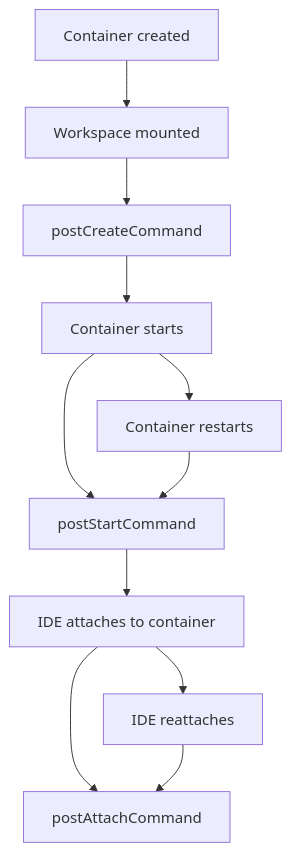
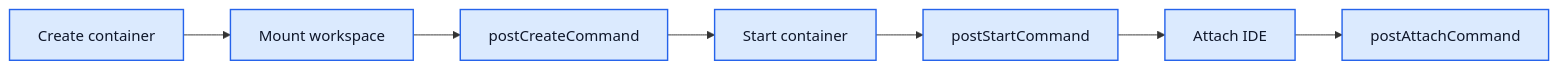
The diagram in docs/chapter-01/section-04.md (ValentinTwin1206/modern-python-devops-egineering), drawn with Mermaid before and after one commit. The commit also changed other lines of this file and 3 other files, not shown here.

````diff
--- a/docs/chapter-01/section-04.md
+++ b/docs/chapter-01/section-04.md
@@ -228,13 +226,11 @@
 ```mermaid
-flowchart TD
-	A[Container created] --> B[Workspace mounted]
+flowchart LR
+	A[Create container] --> B[Mount workspace]
 	B --> C[postCreateCommand]
-	C --> D[Container starts]
+	C --> D[Start container]
 	D --> E[postStartCommand]
-	E --> F[IDE attaches to container]
+	E --> F[Attach IDE]
 	F --> G[postAttachCommand]
-	D --> H[Container restarts]
-	H --> E
-	F --> I[IDE reattaches]
-	I --> G
+	classDef lifecycle fill:#dbeafe,stroke:#2563eb,stroke-width:1.5px,color:#0f172a;
+	class A,B,C,D,E,F,G lifecycle;
 ```
````
